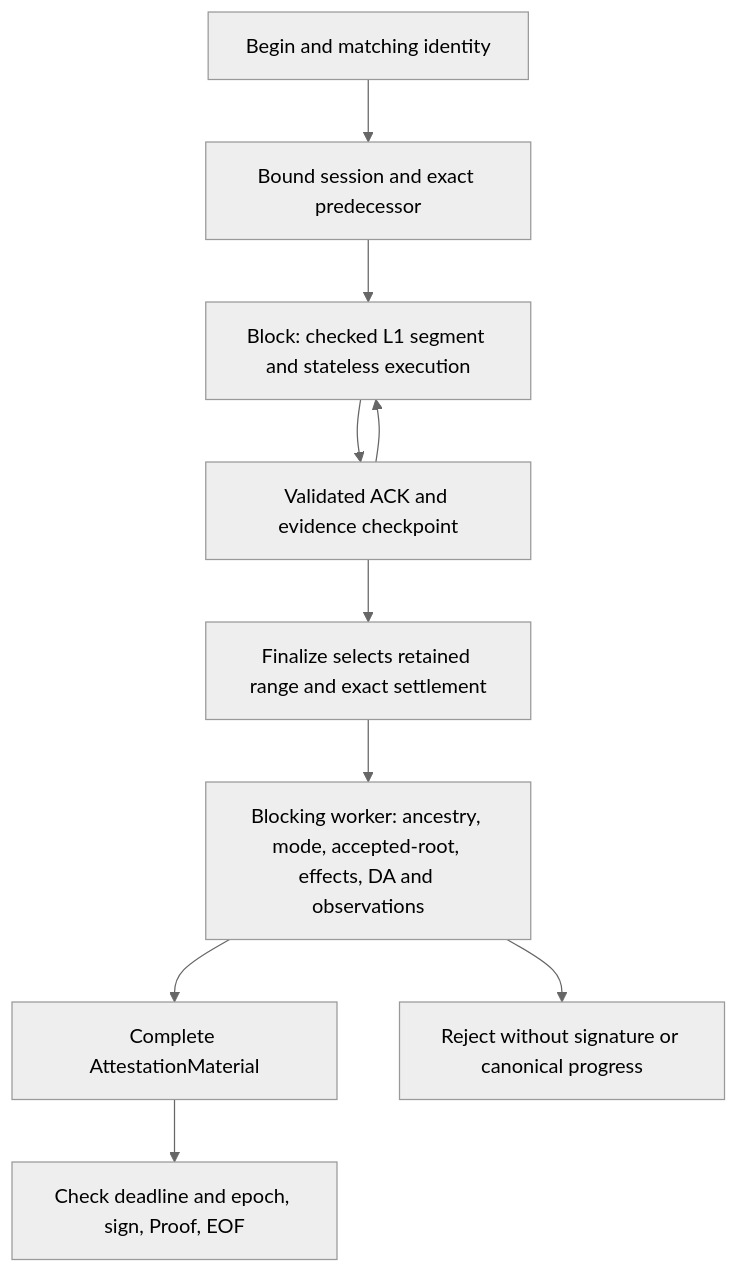
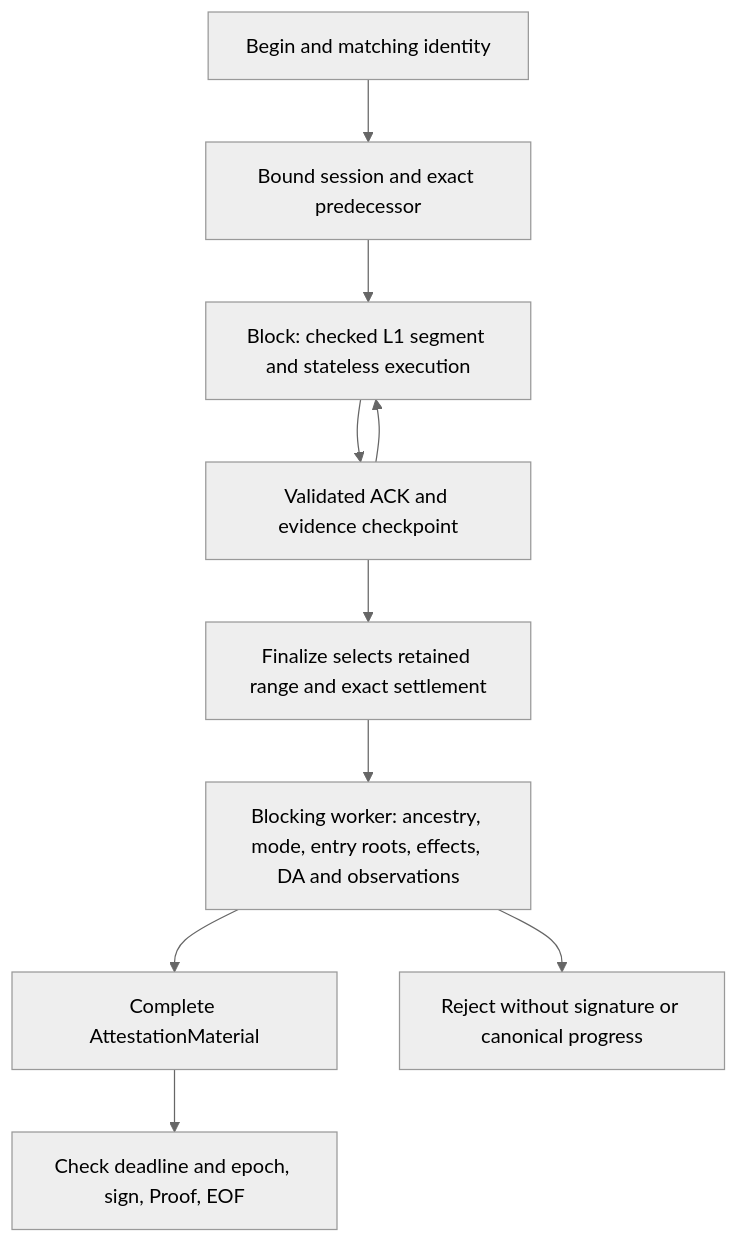
One commit to eez-association/eez-rollupX changed the diagram in crates/eez-proof-signer/docs/request-lifecycle.md. Above: the diagram before and after it, drawn with Mermaid (neutral theme). The commit also changed other lines of this file and 136 other files, not shown here.

````diff
--- a/crates/eez-proof-signer/docs/request-lifecycle.md
+++ b/crates/eez-proof-signer/docs/request-lifecycle.md
@@ -11,12 +11,12 @@
 ```mermaid
 flowchart TD
     B[Begin and matching identity] --> P[Bound session and exact predecessor]
     P --> X[Block: checked L1 segment and stateless execution]
     X --> A[Validated ACK and evidence checkpoint]
     A --> X
     A --> F[Finalize selects retained range and exact settlement]
-    F --> C[Blocking worker: ancestry, mode, accepted-root, effects, DA and observations]
+    F --> C[Blocking worker: ancestry, mode, entry roots, effects, DA and observations]
     C --> S[Complete AttestationMaterial]
     S --> G[Check deadline and epoch, sign, Proof, EOF]
     C --> R[Reject without signature or canonical progress]
 ```
````
